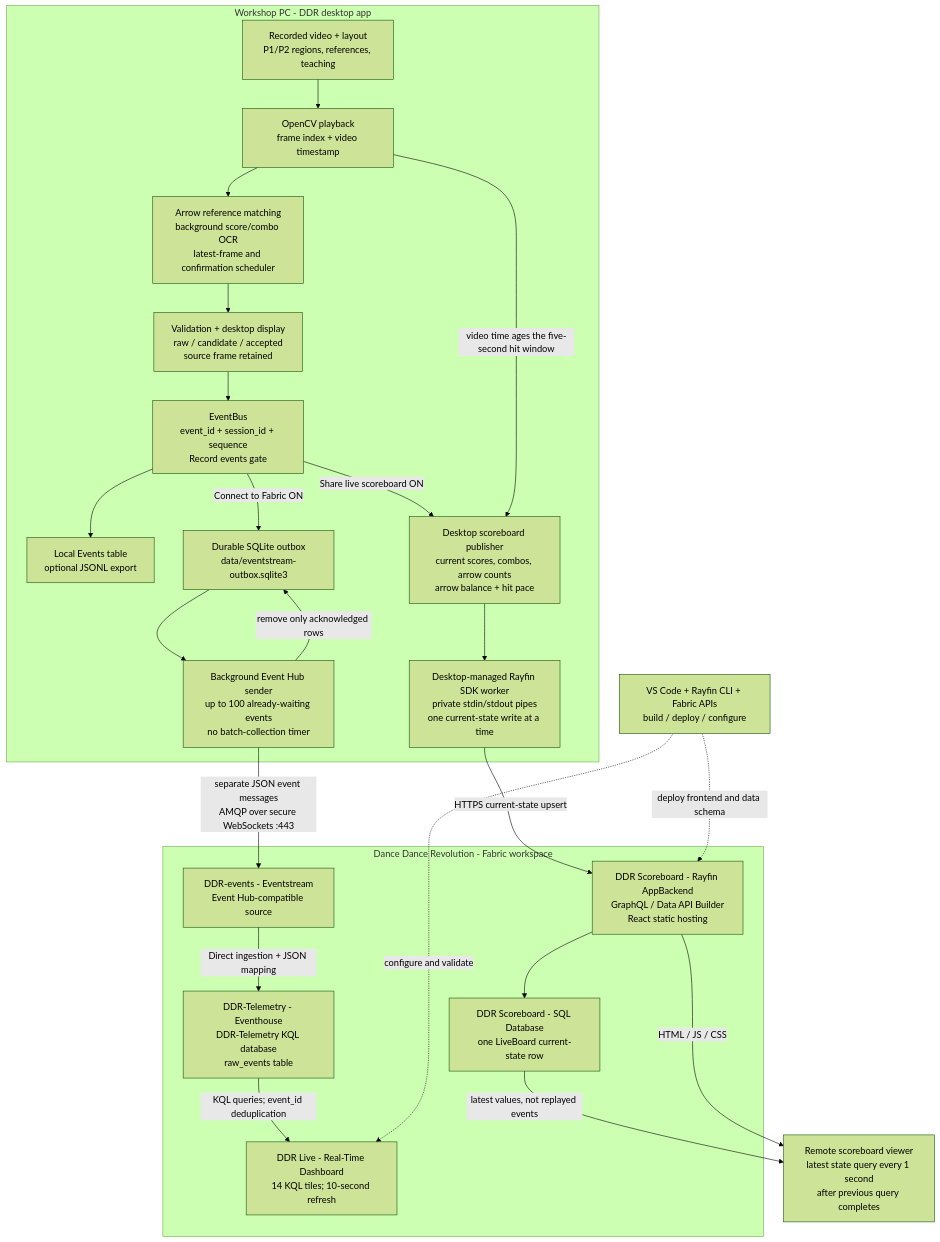
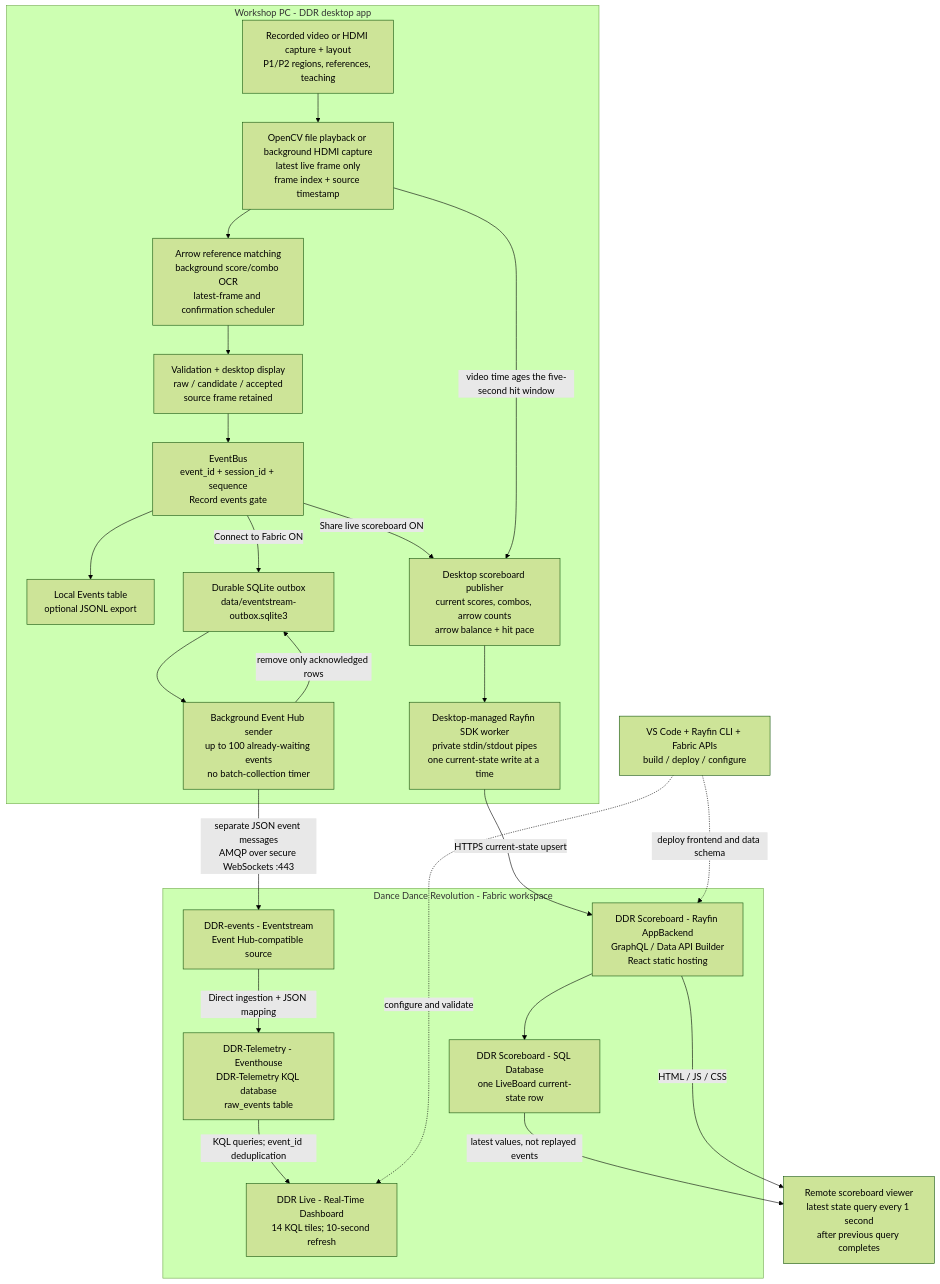
One commit to ecotte/ddr-vide-app-edgar-version changed the diagram in docs/architecture.md. Above: the diagram before and after it, drawn with Mermaid (forest theme). The commit also changed other lines of this file and 26 other files, not shown here.

````diff
--- a/docs/architecture.md
+++ b/docs/architecture.md
@@ -11,40 +11,40 @@
 ```mermaid
 flowchart TB
   subgraph PC["Workshop PC - DDR desktop app"]
-    VIDEO["Recorded video + layout<br/>P1/P2 regions, references, teaching"]
-    FRAMES["OpenCV playback<br/>frame index + video timestamp"]
+    VIDEO["Recorded video or HDMI capture + layout<br/>P1/P2 regions, references, teaching"]
+    FRAMES["OpenCV file playback or background HDMI capture<br/>latest live frame only<br/>frame index + source timestamp"]
     ANALYSIS["Arrow reference matching<br/>background score/combo OCR<br/>latest-frame and confirmation scheduler"]
     RULES["Validation + desktop display<br/>raw / candidate / accepted<br/>source frame retained"]
     BUS["EventBus<br/>event_id + session_id + sequence<br/>Record events gate"]
     LOCAL["Local Events table<br/>optional JSONL export"]
     LIVE["Desktop scoreboard publisher<br/>current scores, combos, arrow counts<br/>arrow balance + hit pace"]
     SDK["Desktop-managed Rayfin SDK worker<br/>private stdin/stdout pipes<br/>one current-state write at a time"]
     OUTBOX["Durable SQLite outbox<br/>data/eventstream-outbox.sqlite3"]
     SEND["Background Event Hub sender<br/>up to 100 already-waiting events<br/>no batch-collection timer"]
   end
   subgraph FABRIC["Dance Dance Revolution - Fabric workspace"]
     APP["DDR Scoreboard - Rayfin AppBackend<br/>GraphQL / Data API Builder<br/>React static hosting"]
     SQL["DDR Scoreboard - SQL Database<br/>one LiveBoard current-state row"]
     STREAM["DDR-events - Eventstream<br/>Event Hub-compatible source"]
     HOUSE["DDR-Telemetry - Eventhouse<br/>DDR-Telemetry KQL database<br/>raw_events table"]
     DASH["DDR Live - Real-Time Dashboard<br/>14 KQL tiles; 10-second refresh"]
   end
   VIEW["Remote scoreboard viewer<br/>latest state query every 1 second<br/>after previous query completes"]
   TOOLS["VS Code + Rayfin CLI + Fabric APIs<br/>build / deploy / configure"]
 
   VIDEO --> FRAMES --> ANALYSIS --> RULES --> BUS
   BUS --> LOCAL
   BUS -->|"Share live scoreboard ON"| LIVE
   FRAMES -->|"video time ages the five-second hit window"| LIVE
   LIVE --> SDK -->|"HTTPS current-state upsert"| APP
   APP --> SQL
   SQL -->|"latest values, not replayed events"| VIEW
   APP -->|"HTML / JS / CSS"| VIEW
   BUS -->|"Connect to Fabric ON"| OUTBOX --> SEND
   SEND -->|"separate JSON event messages<br/>AMQP over secure WebSockets :443"| STREAM
   SEND -->|"remove only acknowledged rows"| OUTBOX
   STREAM -->|"Direct ingestion + JSON mapping"| HOUSE
   HOUSE -->|"KQL queries; event_id deduplication"| DASH
   TOOLS -.->|"deploy frontend and data schema"| APP
   TOOLS -.->|"configure and validate"| DASH
 ```
````
